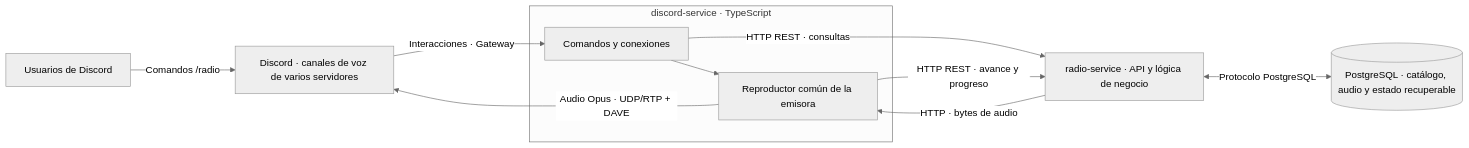
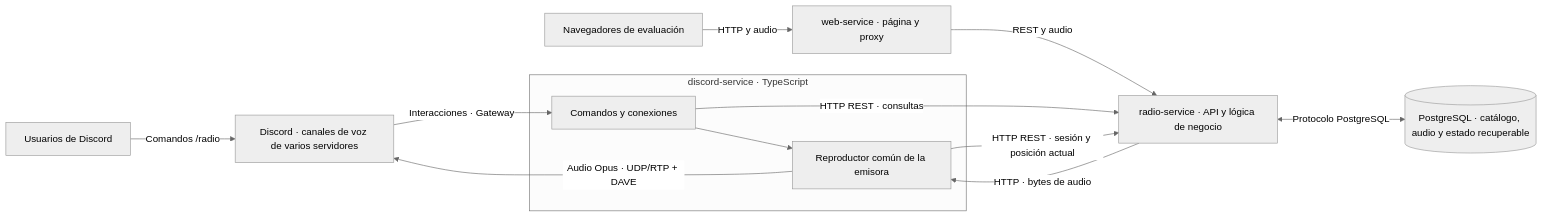
The diagram in README.md (Wid4er/CC-DASRadio), drawn with Mermaid (neutral theme) before and after one commit. The commit also changed other lines of this file and 10 other files, not shown here.

````diff
--- a/README.md
+++ b/README.md
@@ -84,22 +102,26 @@
 ```mermaid
 flowchart LR
     USUARIO["Usuarios de Discord"]
     DISCORD["Discord · canales de voz de varios servidores"]
 
     subgraph DS["discord-service · TypeScript"]
         CONTROL["Comandos y conexiones"]
         PLAYER["Reproductor común de la emisora"]
         CONTROL --> PLAYER
     end
 
+    BROWSER["Navegadores de evaluación"]
+    WEB["web-service · página y proxy"]
+    BROWSER -->|"HTTP y audio"| WEB
+    WEB -->|"REST y audio"| RADIO
     RADIO["radio-service · API y lógica de negocio"]
     DB[("PostgreSQL · catálogo, audio y estado recuperable")]
 
     USUARIO -->|"Comandos /radio"| DISCORD
     DISCORD -->|"Interacciones · Gateway"| CONTROL
     CONTROL -->|"HTTP REST · consultas"| RADIO
-    PLAYER -->|"HTTP REST · avance y progreso"| RADIO
+    PLAYER -->|"HTTP REST · sesión y posición actual"| RADIO
     RADIO -->|"HTTP · bytes de audio"| PLAYER
     RADIO <-->|"Protocolo PostgreSQL"| DB
     PLAYER -->|"Audio Opus · UDP/RTP + DAVE"| DISCORD
 ```
````
